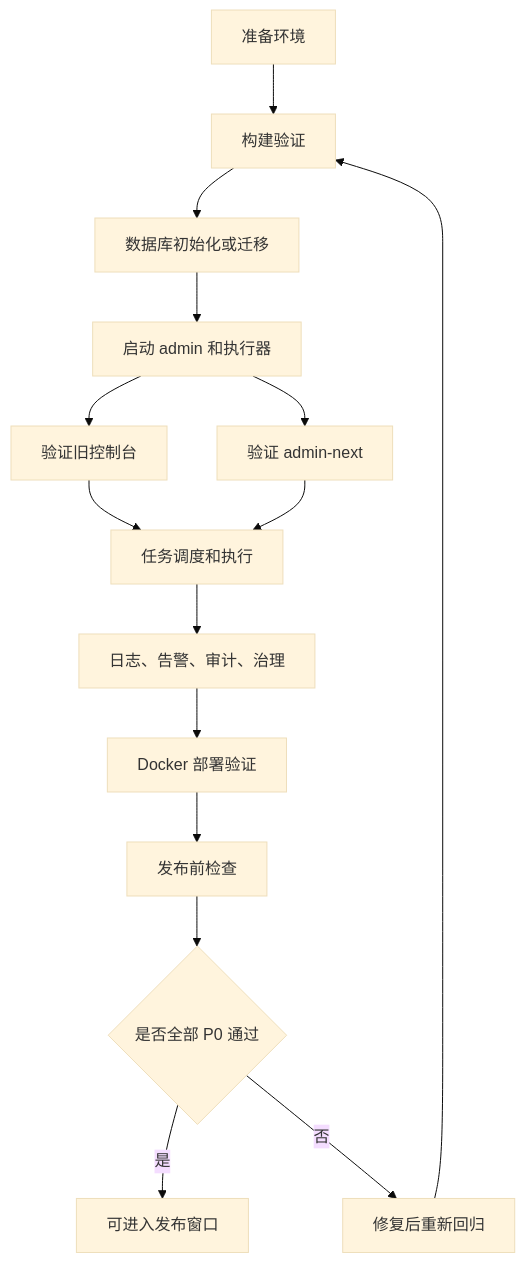
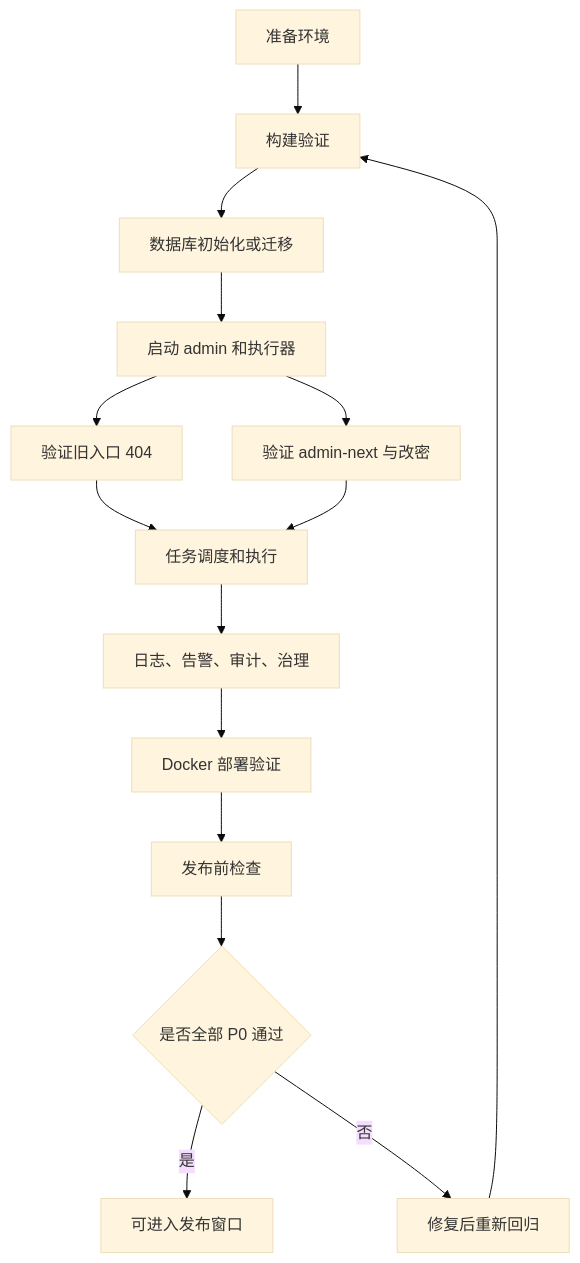
One commit to wuuJiawei/xxl-job-boost changed the first of 7 diagrams in docs/test-plan-0.9.4.md. Above: the diagram before and after it, drawn with Mermaid (base theme). The commit also changed other lines of this file and 126 other files, not shown here.

````diff
--- a/docs/test-plan-0.9.4.md
+++ b/docs/test-plan-0.9.4.md
@@ -60,17 +60,17 @@
 ```mermaid
 flowchart TD
     A["准备环境"] --> B["构建验证"]
     B --> C["数据库初始化或迁移"]
     C --> D["启动 admin 和执行器"]
-    D --> E["验证旧控制台"]
-    D --> F["验证 admin-next"]
+    D --> E["验证旧入口 404"]
+    D --> F["验证 admin-next 与改密"]
     E --> G["任务调度和执行"]
     F --> G
     G --> H["日志、告警、审计、治理"]
     H --> I["Docker 部署验证"]
     I --> J["发布前检查"]
     J --> K{"是否全部 P0 通过"}
     K -- "是" --> L["可进入发布窗口"]
     K -- "否" --> M["修复后重新回归"]
     M --> B
 ```
````
